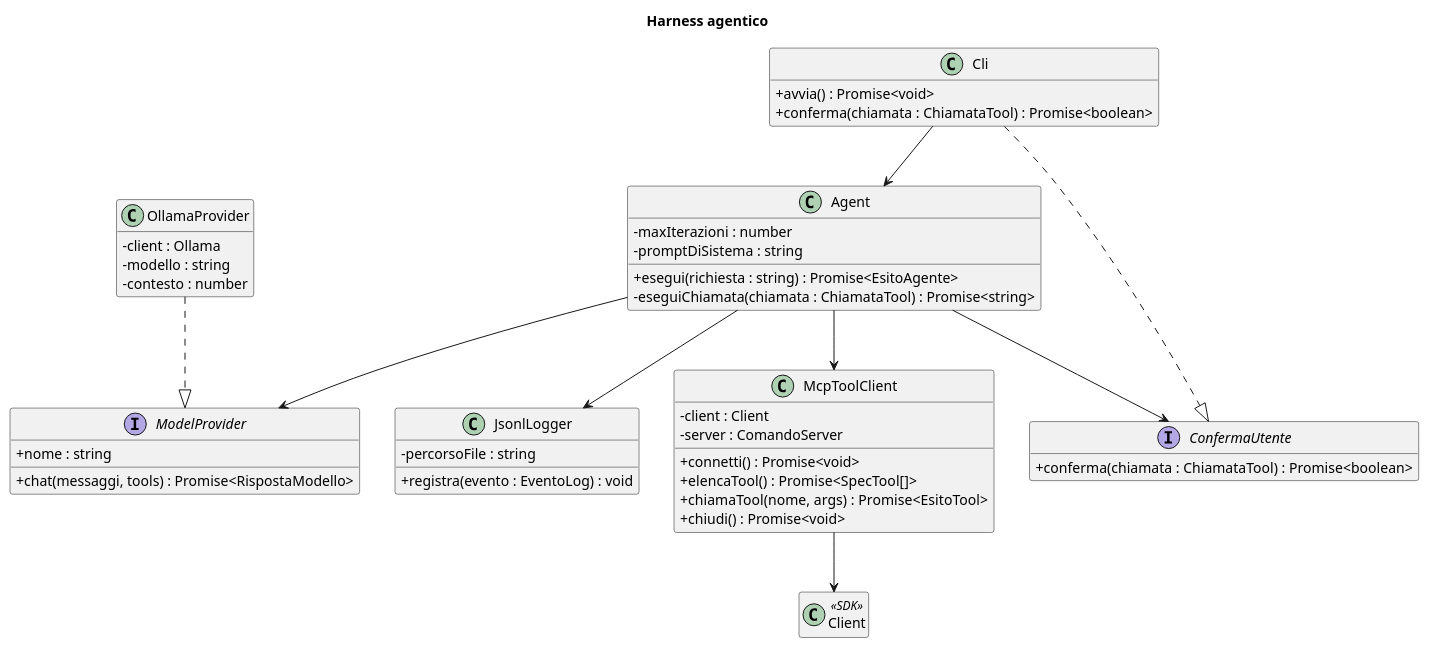
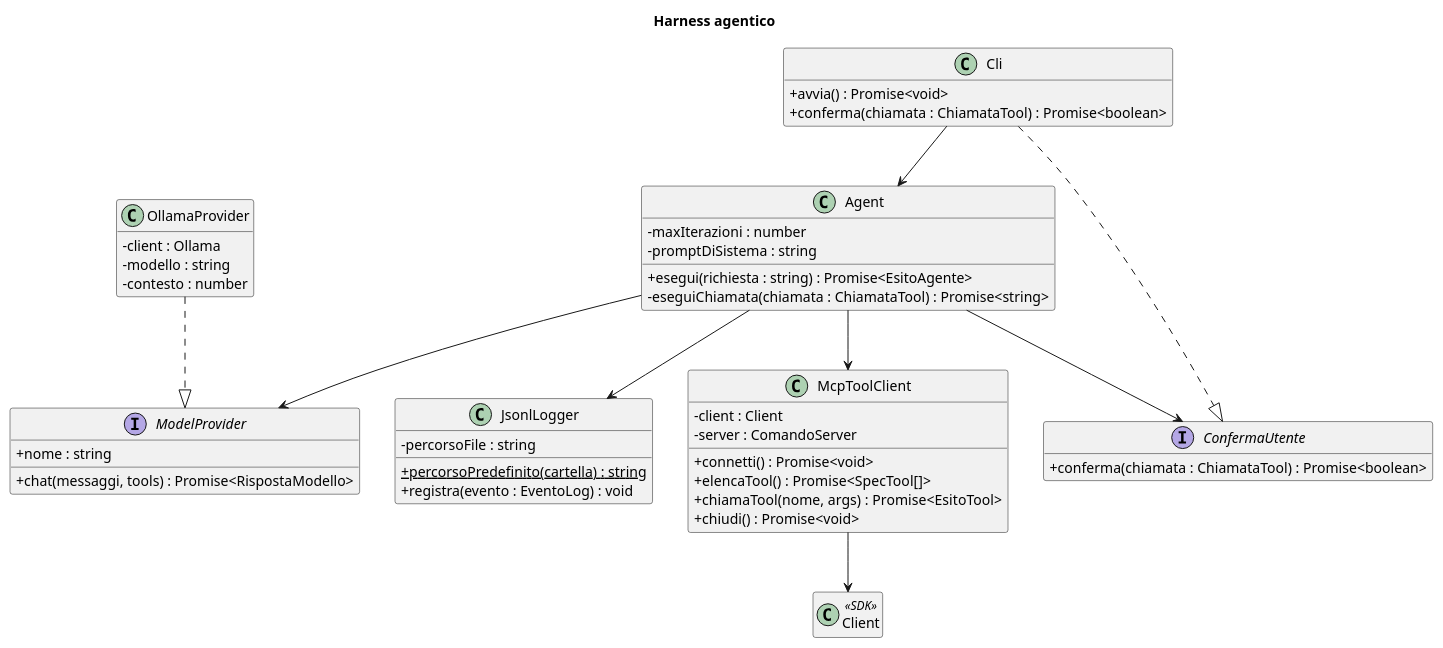
One commit to LeoDS99/pw26-agente-recall changed the diagram in docs/diagrammi/classi-harness.puml. Above: the diagram before and after it, drawn with PlantUML. The commit also changed 2 other files, not shown here.

Commit message:
Harness: JsonlLogger e tipi degli eventi del log; diagramma allineato

```diff
--- a/docs/diagrammi/classi-harness.puml
+++ b/docs/diagrammi/classi-harness.puml
@@ -1,57 +1,58 @@
 @startuml classi-harness
 skinparam classAttributeIconSize 0
 hide empty members
 title Harness agentico
 
 class Client <<SDK>>
 
 class Cli {
   + avvia() : Promise<void>
   + conferma(chiamata : ChiamataTool) : Promise<boolean>
 }
 
 class Agent {
   - maxIterazioni : number
   - promptDiSistema : string
   + esegui(richiesta : string) : Promise<EsitoAgente>
   - eseguiChiamata(chiamata : ChiamataTool) : Promise<string>
 }
 
 interface ModelProvider {
   + nome : string
   + chat(messaggi, tools) : Promise<RispostaModello>
 }
 
 class OllamaProvider {
   - client : Ollama
   - modello : string
   - contesto : number
 }
 
 interface ConfermaUtente {
   + conferma(chiamata : ChiamataTool) : Promise<boolean>
 }
 
 class McpToolClient {
   - client : Client
   - server : ComandoServer
   + connetti() : Promise<void>
   + elencaTool() : Promise<SpecTool[]>
   + chiamaTool(nome, args) : Promise<EsitoTool>
   + chiudi() : Promise<void>
 }
 
 class JsonlLogger {
   - percorsoFile : string
+  + {static} percorsoPredefinito(cartella) : string
   + registra(evento : EventoLog) : void
 }
 
 Cli --> Agent
 Cli ..|> ConfermaUtente
 Agent --> ModelProvider
 Agent --> McpToolClient
 Agent --> ConfermaUtente
 Agent --> JsonlLogger
 OllamaProvider ..|> ModelProvider
 McpToolClient --> Client
 @enduml
```
